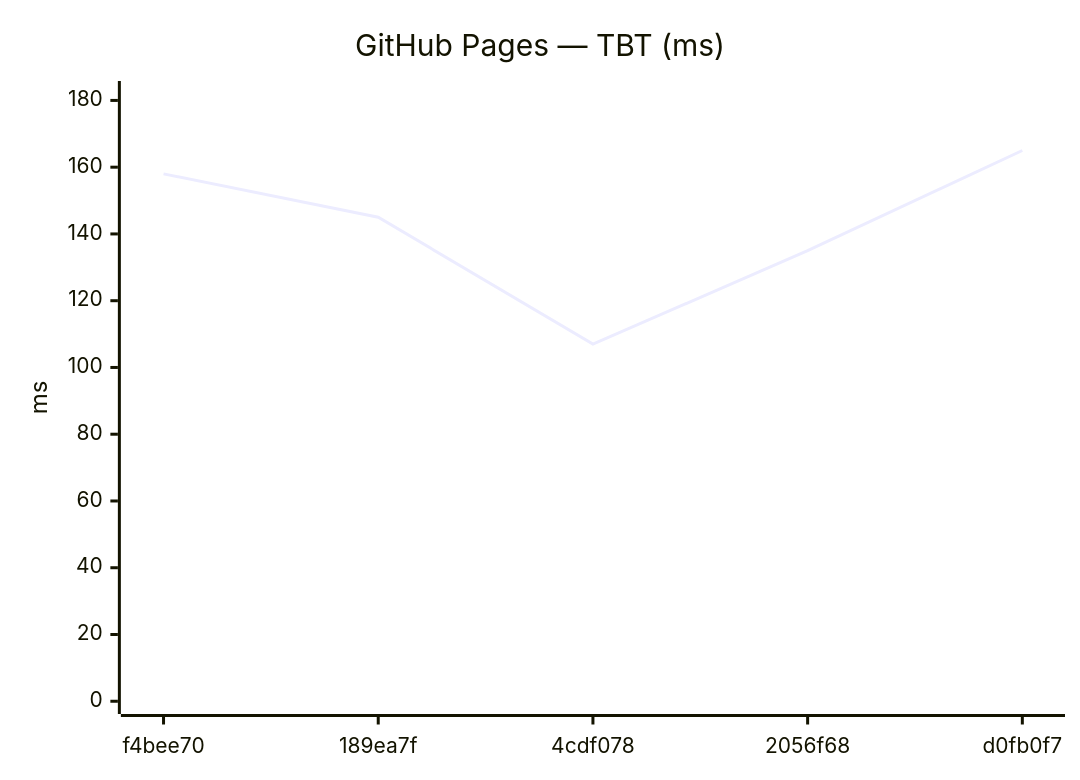
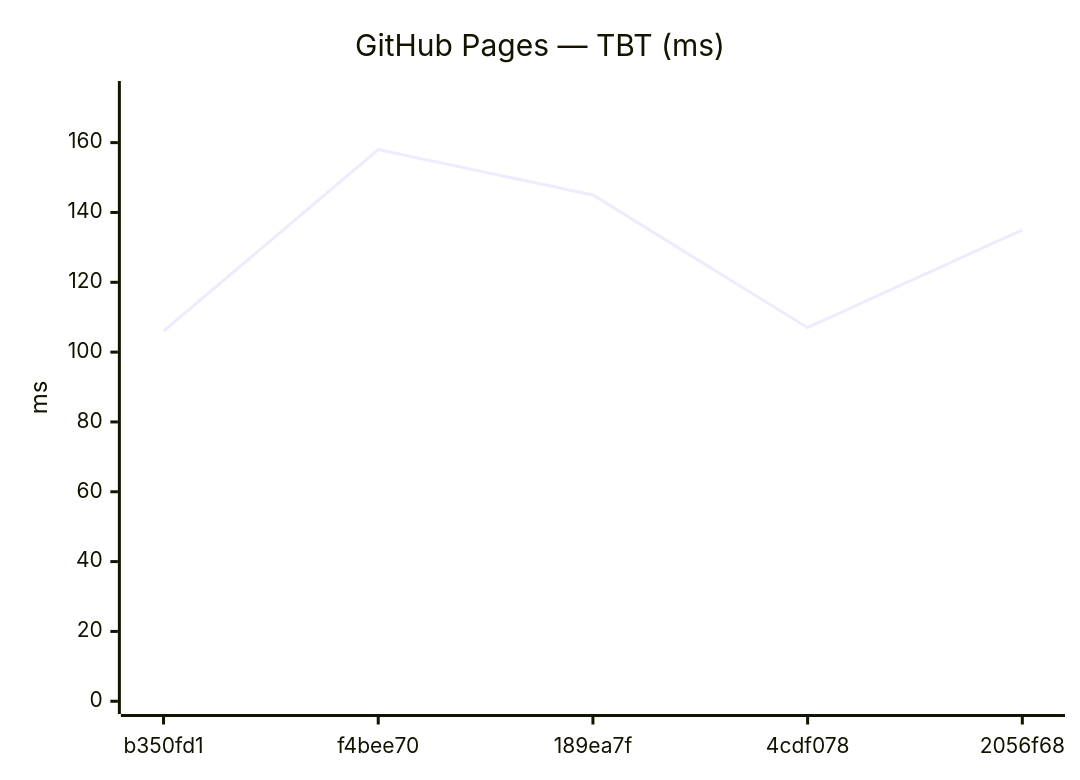
Before and after one commit to Metaheurist/Rianell: the tenth of 18 diagrams in benchmarks/compare.md, drawn with Mermaid. The commit also changed other lines of this file and 11 other files, not shown here.

````diff
--- a/benchmarks/compare.md
+++ b/benchmarks/compare.md
@@ -149,7 +149,7 @@
 ```mermaid
 xychart-beta
     title "GitHub Pages — TBT (ms)"
-    x-axis ["f4bee70", "189ea7f", "4cdf078", "2056f68", "d0fb0f7"]
-    y-axis "ms" 0 --> 182
-    line [158, 145, 107, 135, 165]
+    x-axis ["b350fd1", "f4bee70", "189ea7f", "4cdf078", "2056f68"]
+    y-axis "ms" 0 --> 174
+    line [106, 158, 145, 107, 135]
 ```
````
